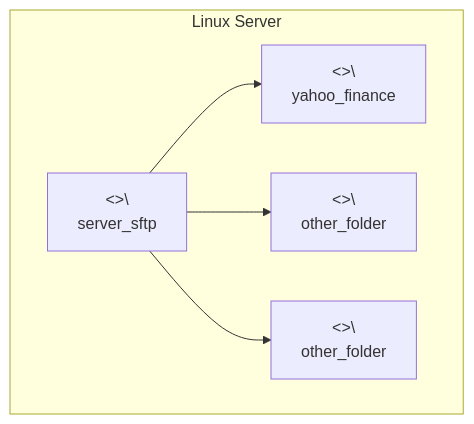
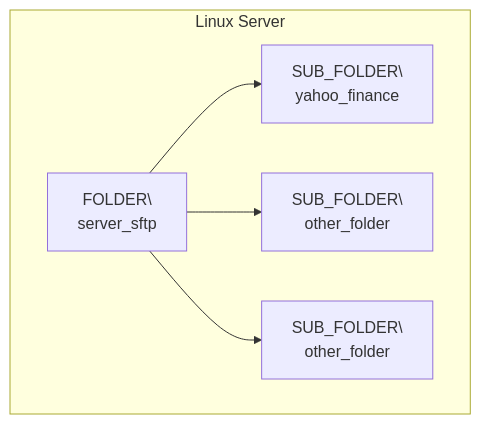
One commit to TrulyDigital/DATA_STREET changed the second of 3 diagrams in server_sftp/README.md. Above: the diagram before and after it, drawn with Mermaid.

Commit message:
update: server_sftp README.md

````diff
--- a/server_sftp/README.md
+++ b/server_sftp/README.md
@@ -14,13 +14,13 @@
 ```mermaid
 graph TD
     subgraph Contenedor_A [Linux Server]
-        A1[<<FOLDER>>\<br/> server_sftp]
-        A2[<<SUB_FOLDER>>\<br/> yahoo_finance]
-        A3[<<SUB_FOLDER>>\<br/> other_folder]
-        A4[<<SUB_FOLDER>>\<br/> other_folder]
+        A1[FOLDER\<br/> server_sftp]
+        A2[SUB_FOLDER\<br/> yahoo_finance]
+        A3[SUB_FOLDER\<br/> other_folder]
+        A4[SUB_FOLDER\<br/> other_folder]
     end
 
     A1 --> A2
     A1 --> A3
     A1 --> A4
 ```
````
